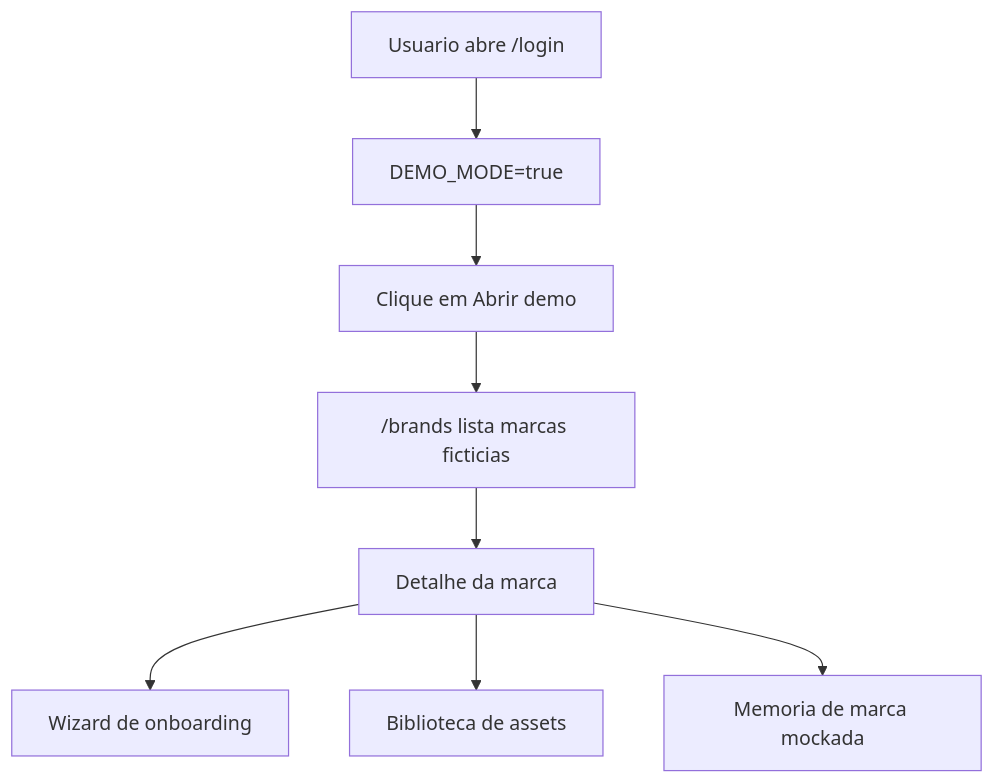
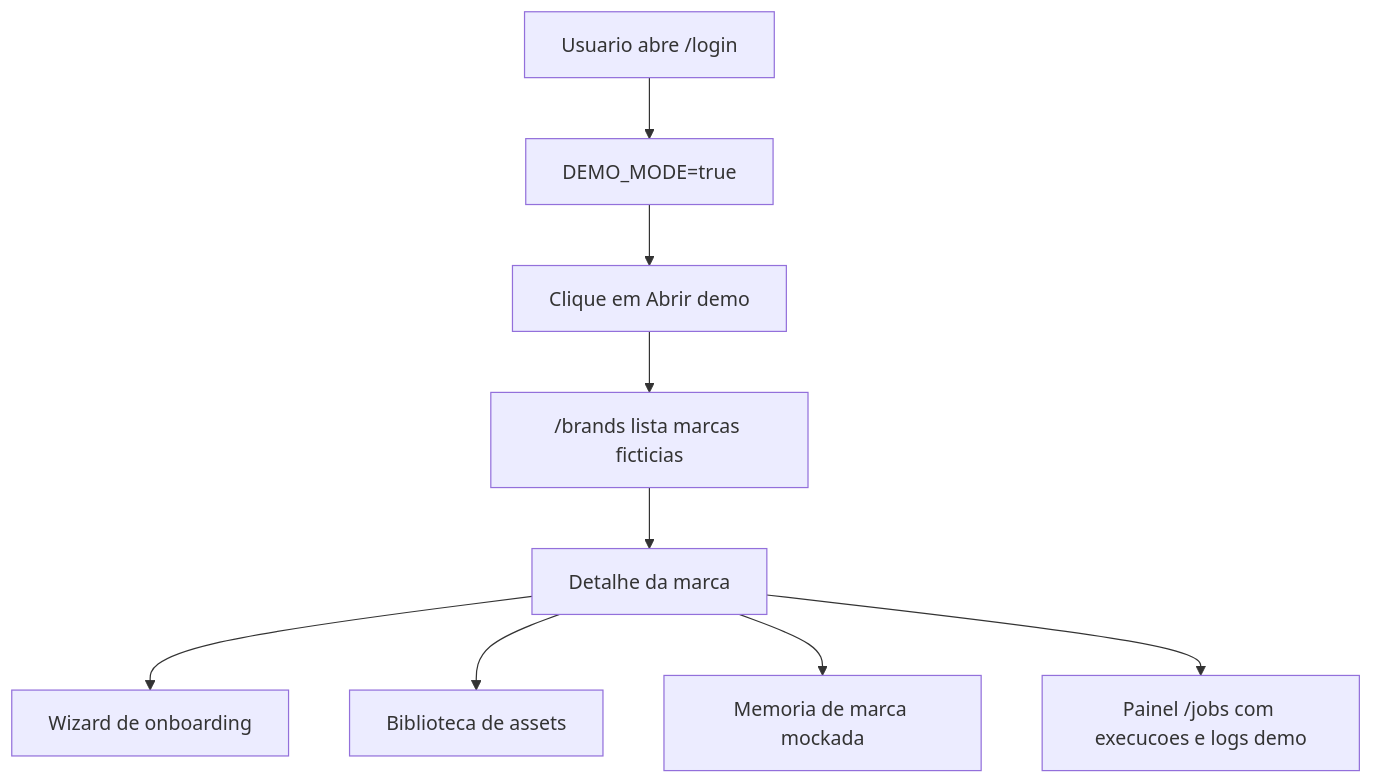
Before and after one commit to fabiohhsales/content-saas: the first of 4 diagrams in docs/DIAGNOSTICO-ATUAL.md, drawn with Mermaid. The commit also changed other lines of this file and 4 other files, not shown here.

Commit message:
add jobs and logs dashboard

````diff
--- a/docs/DIAGNOSTICO-ATUAL.md
+++ b/docs/DIAGNOSTICO-ATUAL.md
@@ -217,10 +219,11 @@
 ```mermaid
 flowchart TD
   A["Usuario abre /login"] --> B["DEMO_MODE=true"]
   B --> C["Clique em Abrir demo"]
   C --> D["/brands lista marcas ficticias"]
   D --> E["Detalhe da marca"]
   E --> F["Wizard de onboarding"]
   E --> G["Biblioteca de assets"]
   E --> H["Memoria de marca mockada"]
+  E --> I["Painel /jobs com execucoes e logs demo"]
 ```
````
